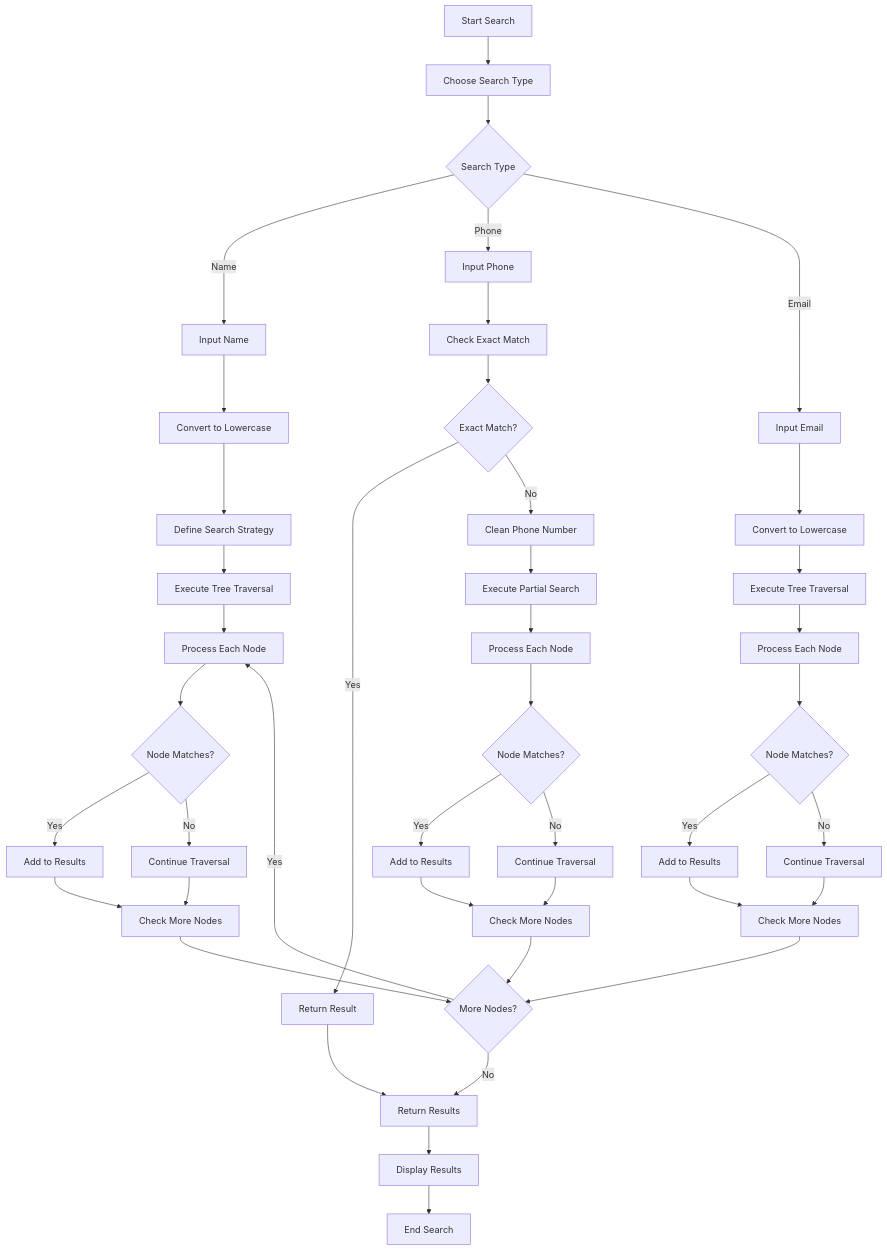
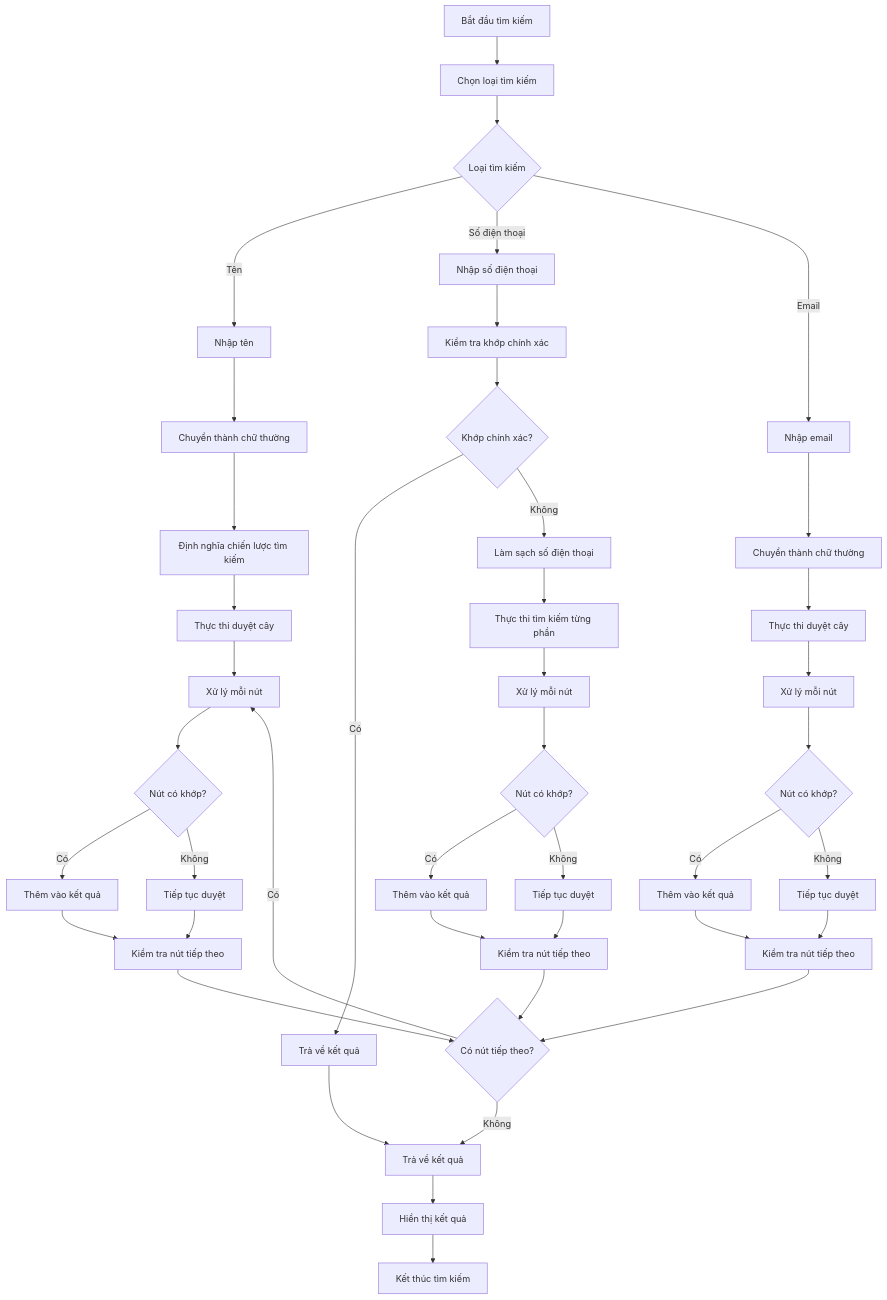
Diagram 12 of 15 in docs/UML_Documentation_Improved.md (TaiLoiZzzz/DSA_PROJECT), drawn with Mermaid before and after one commit. The commit also changed other lines of this file and 1 other file, not shown here.

````diff
--- a/docs/UML_Documentation_Improved.md
+++ b/docs/UML_Documentation_Improved.md
@@ -590,55 +590,55 @@
 ```mermaid
 flowchart TD
-    A[Start Search] --> B[Choose Search Type]
-    B --> C{Search Type}
+    A[Bắt đầu tìm kiếm] --> B[Chọn loại tìm kiếm]
+    B --> C{Loại tìm kiếm}
     
-    C -->|Name| D[Input Name]
-    C -->|Phone| E[Input Phone]
-    C -->|Email| F[Input Email]
+    C -->|Tên| D[Nhập tên]
+    C -->|Số điện thoại| E[Nhập số điện thoại]
+    C -->|Email| F[Nhập email]
     
-    D --> G[Convert to Lowercase]
-    G --> H[Define Search Strategy]
-    H --> I[Execute Tree Traversal]
+    D --> G[Chuyển thành chữ thường]
+    G --> H[Định nghĩa chiến lược tìm kiếm]
+    H --> I[Thực thi duyệt cây]
     
-    E --> J[Check Exact Match]
-    J --> K{Exact Match?}
-    K -->|Yes| L[Return Result]
-    K -->|No| M[Clean Phone Number]
-    M --> N[Execute Partial Search]
+    E --> J[Kiểm tra khớp chính xác]
+    J --> K{Khớp chính xác?}
+    K -->|Có| L[Trả về kết quả]
+    K -->|Không| M[Làm sạch số điện thoại]
+    M --> N[Thực thi tìm kiếm từng phần]
     
-    F --> O[Convert to Lowercase]
-    O --> P[Execute Tree Traversal]
+    F --> O[Chuyển thành chữ thường]
+    O --> P[Thực thi duyệt cây]
     
-    I --> Q[Process Each Node]
-    Q --> R{Node Matches?}
-    R -->|Yes| S[Add to Results]
-    R -->|No| T[Continue Traversal]
+    I --> Q[Xử lý mỗi nút]
+    Q --> R{Nút có khớp?}
+    R -->|Có| S[Thêm vào kết quả]
+    R -->|Không| T[Tiếp tục duyệt]
     
-    N --> U[Process Each Node]
-    U --> V{Node Matches?}
-    V -->|Yes| W[Add to Results]
-    V -->|No| X[Continue Traversal]
+    N --> U[Xử lý mỗi nút]
+    U --> V{Nút có khớp?}
+    V -->|Có| W[Thêm vào kết quả]
+    V -->|Không| X[Tiếp tục duyệt]
     
-    P --> Y[Process Each Node]
-    Y --> Z{Node Matches?}
-    Z -->|Yes| AA[Add to Results]
-    Z -->|No| BB[Continue Traversal]
+    P --> Y[Xử lý mỗi nút]
+    Y --> Z{Nút có khớp?}
+    Z -->|Có| AA[Thêm vào kết quả]
+    Z -->|Không| BB[Tiếp tục duyệt]
     
-    S --> CC[Check More Nodes]
+    S --> CC[Kiểm tra nút tiếp theo]
     T --> CC
-    W --> DD[Check More Nodes]
+    W --> DD[Kiểm tra nút tiếp theo]
     X --> DD
-    AA --> EE[Check More Nodes]
+    AA --> EE[Kiểm tra nút tiếp theo]
     BB --> EE
     
-    CC --> FF{More Nodes?}
+    CC --> FF{Có nút tiếp theo?}
     DD --> FF
     EE --> FF
     
-    FF -->|Yes| Q
-    FF -->|No| GG[Return Results]
+    FF -->|Có| Q
+    FF -->|Không| GG[Trả về kết quả]
     
     L --> GG
-    GG --> HH[Display Results]
-    HH --> II[End Search]
+    GG --> HH[Hiển thị kết quả]
+    HH --> II[Kết thúc tìm kiếm]
 ```
````
